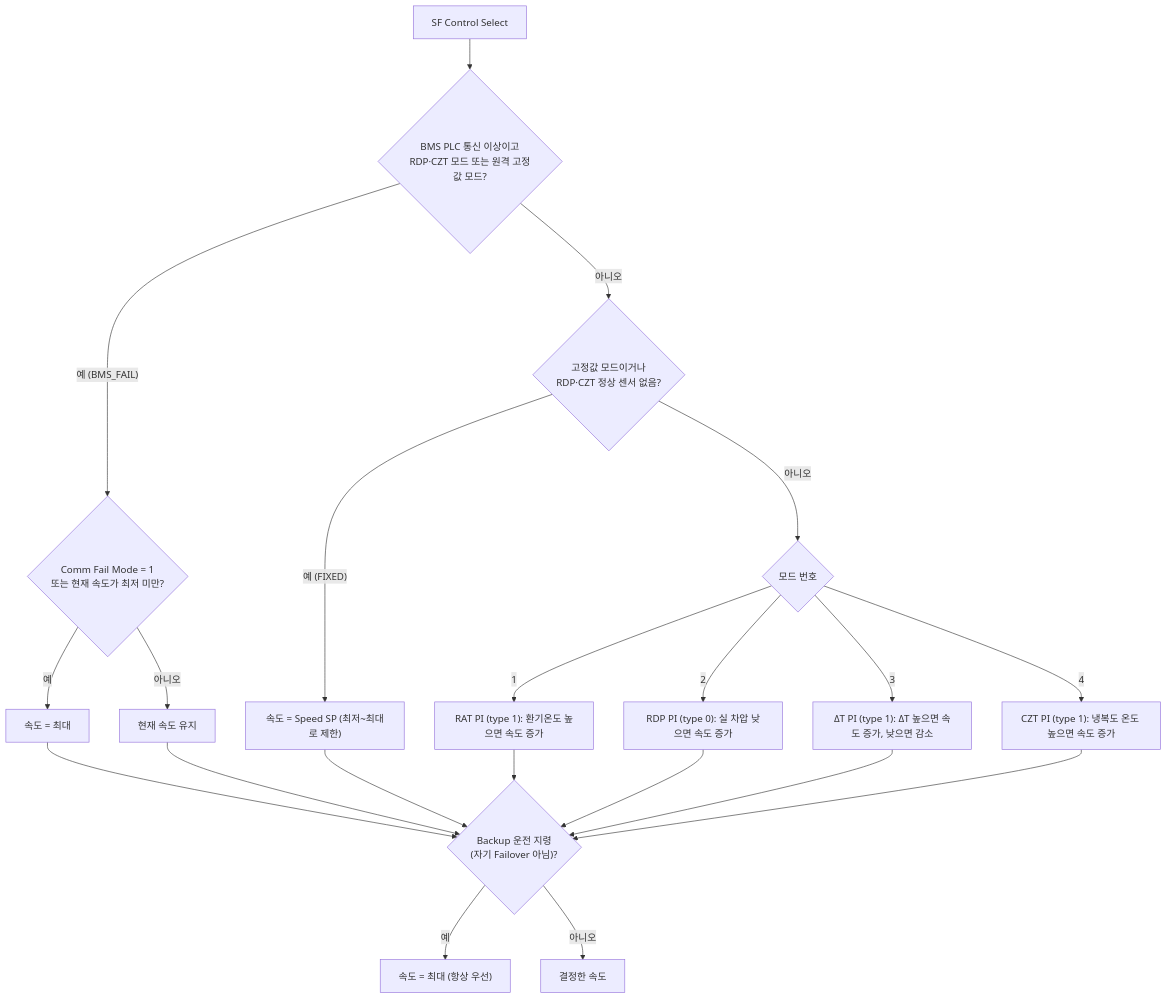
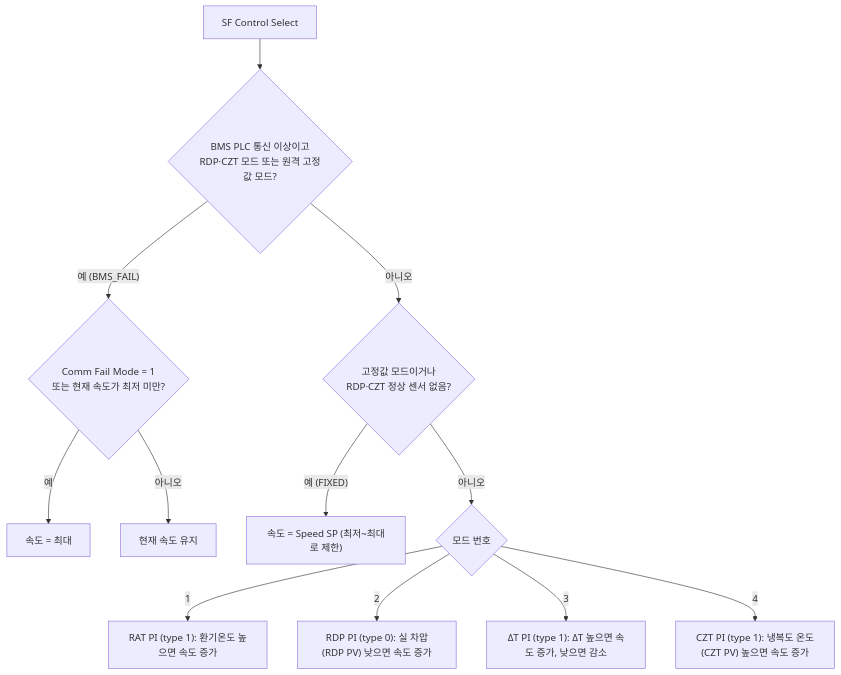
One commit to joo001121-create/FWU-logic changed the sixth of 12 diagrams in FWU_Logic_초보자_설명서.md. Above: the diagram before and after it, drawn with Mermaid. The commit also changed other lines of this file and 7 other files, not shown here.

````diff
--- a/FWU_Logic_초보자_설명서.md
+++ b/FWU_Logic_초보자_설명서.md
@@ -268,17 +269,14 @@
 ```mermaid
 flowchart TD
     S["SF Control Select"] --> B{"BMS PLC 통신 이상이고<br/>RDP·CZT 모드 또는 원격 고정값 모드?"}
     B -->|"예 (BMS_FAIL)"| BF{"Comm Fail Mode = 1<br/>또는 현재 속도가 최저 미만?"}
     BF -->|"예"| BMAX["속도 = 최대"]
     BF -->|"아니오"| BHOLD["현재 속도 유지"]
     B -->|"아니오"| F{"고정값 모드이거나<br/>RDP·CZT 정상 센서 없음?"}
     F -->|"예 (FIXED)"| FX["속도 = Speed SP (최저~최대로 제한)"]
     F -->|"아니오"| SEL{"모드 번호"}
     SEL -->|"1"| RAT["RAT PI (type 1): 환기온도 높으면 속도 증가"]
-    SEL -->|"2"| RDP["RDP PI (type 0): 실 차압 낮으면 속도 증가"]
+    SEL -->|"2"| RDP["RDP PI (type 0): 실 차압(RDP PV) 낮으면 속도 증가"]
     SEL -->|"3"| DT["ΔT PI (type 1): ΔT 높으면 속도 증가, 낮으면 감소"]
-    SEL -->|"4"| CZT["CZT PI (type 1): 냉복도 온도 높으면 속도 증가"]
-    BMAX & BHOLD & FX & RAT & RDP & DT & CZT --> BK{"Backup 운전 지령<br/>(자기 Failover 아님)?"}
-    BK -->|"예"| MX["속도 = 최대 (항상 우선)"]
-    BK -->|"아니오"| END["결정한 속도"]
+    SEL -->|"4"| CZT["CZT PI (type 1): 냉복도 온도(CZT PV) 높으면 속도 증가"]
 ```
````
